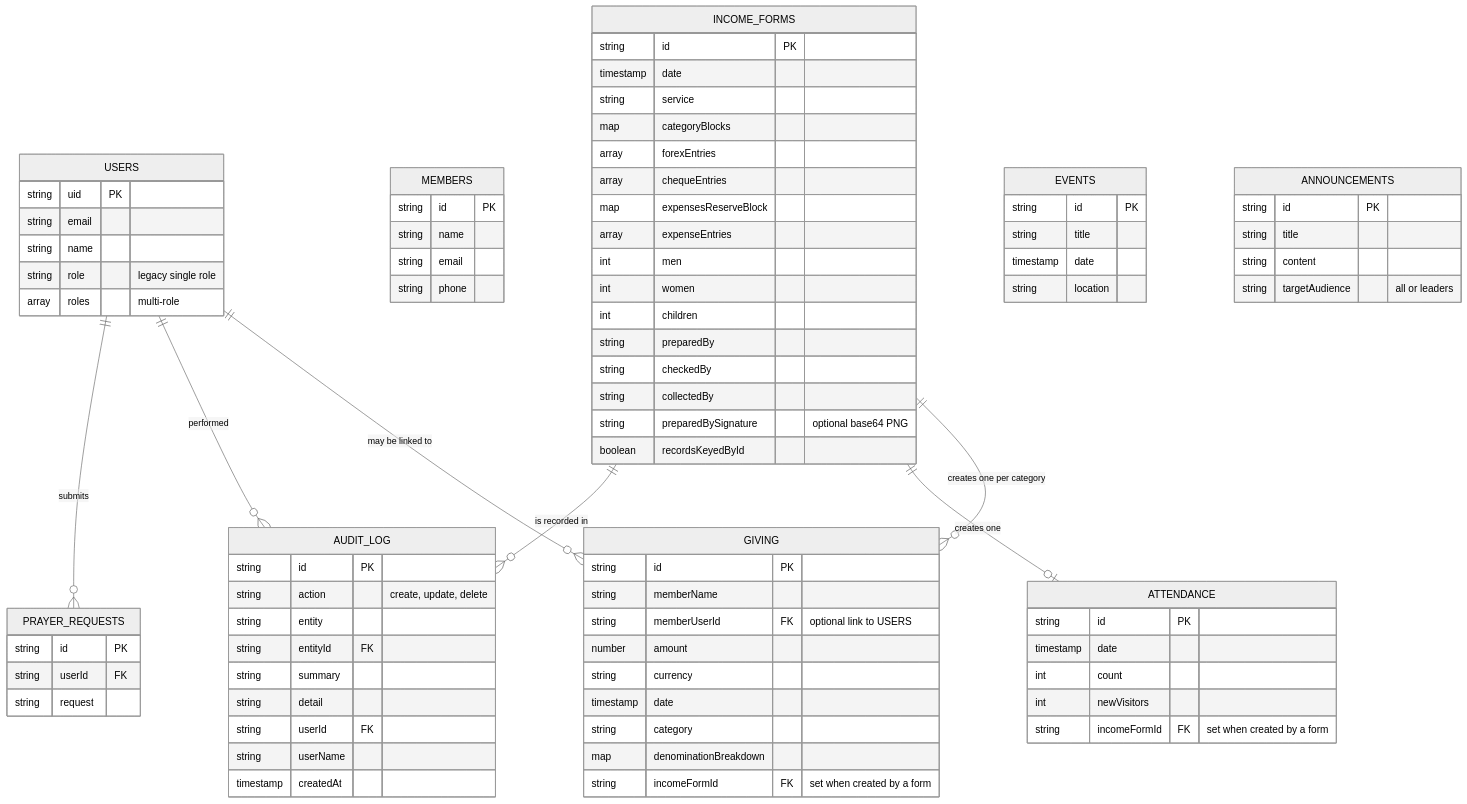
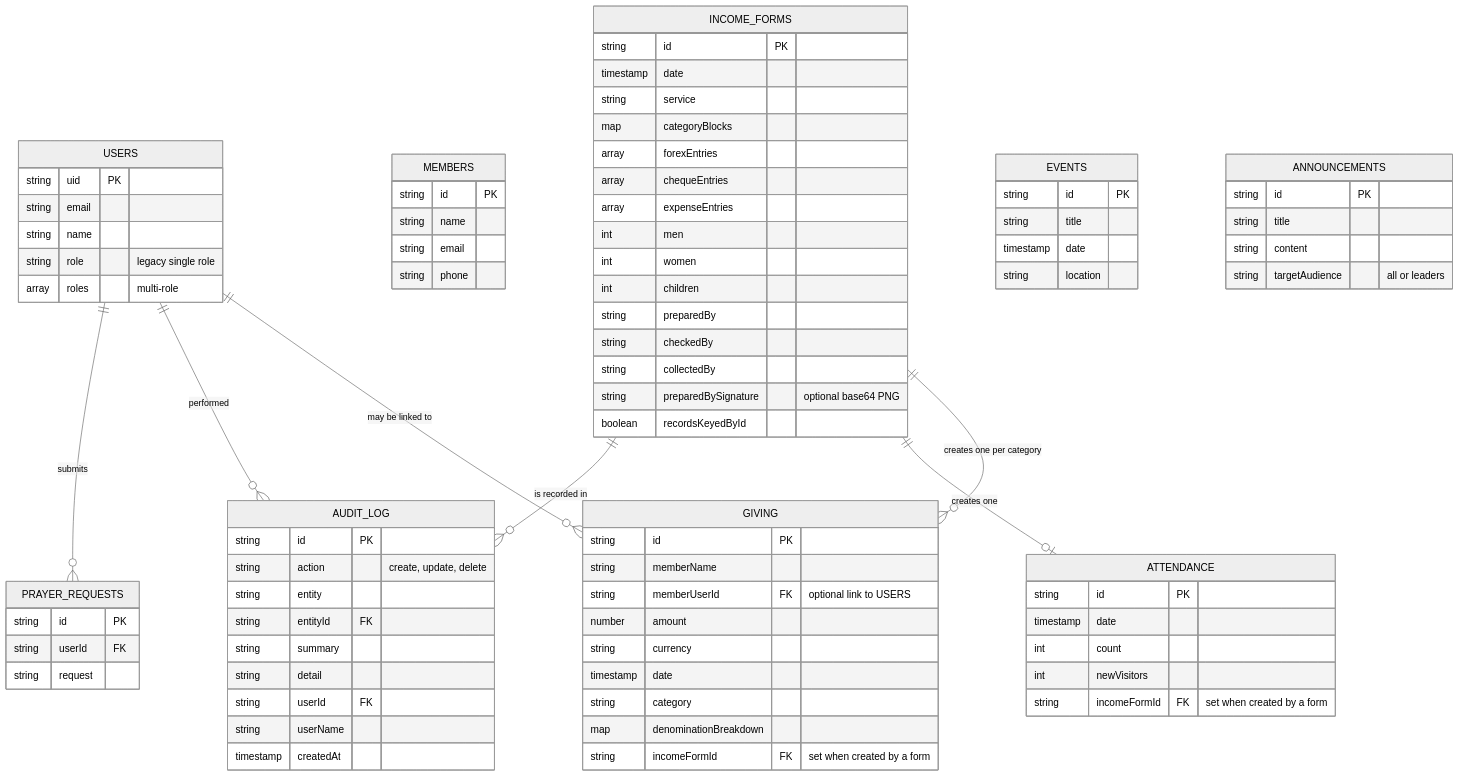
The fifth of 6 diagrams in docs/ARCHITECTURE.md (kasondebbuku-spec/Lukulu-Bread-of-Life-Church), drawn with Mermaid (neutral theme) before and after one commit. The commit also changed other lines of this file and 19 other files, not shown here.

```diff
--- a/docs/ARCHITECTURE.md
+++ b/docs/ARCHITECTURE.md
@@ -189,7 +189,6 @@
         map categoryBlocks
         array forexEntries
         array chequeEntries
-        map expensesReserveBlock
         array expenseEntries
         int men
         int women
```
